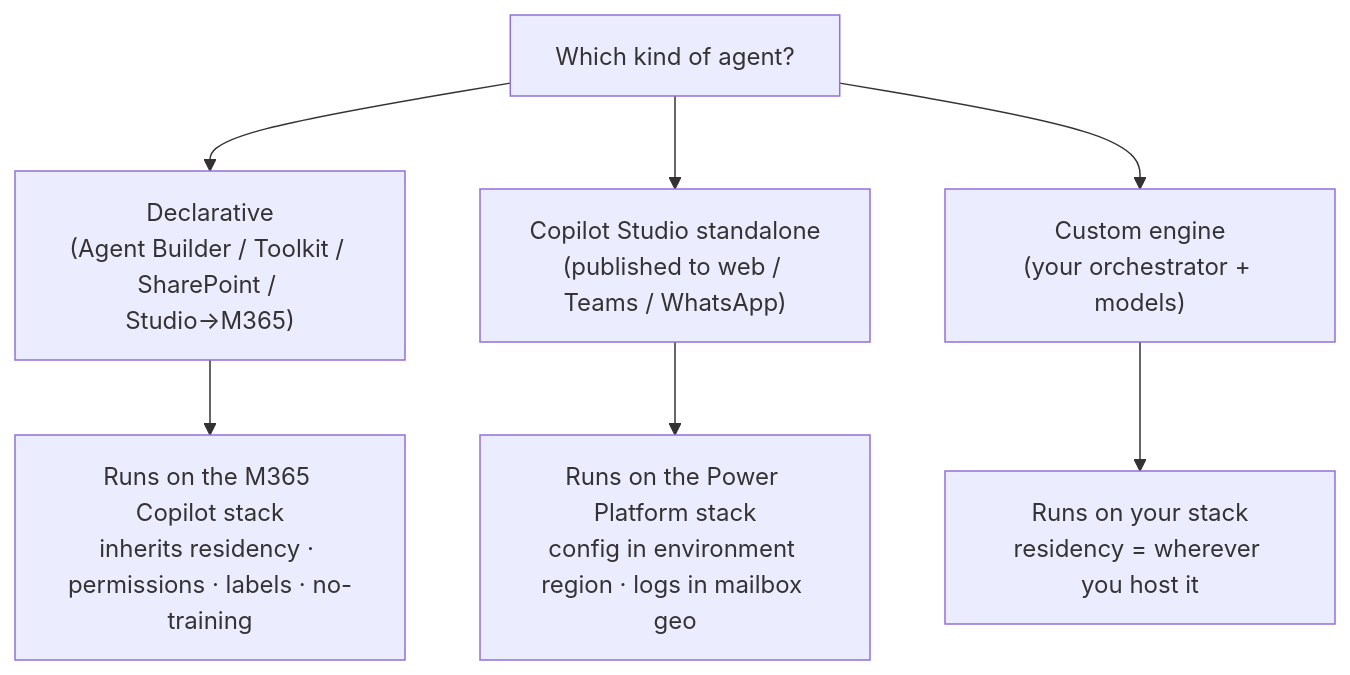
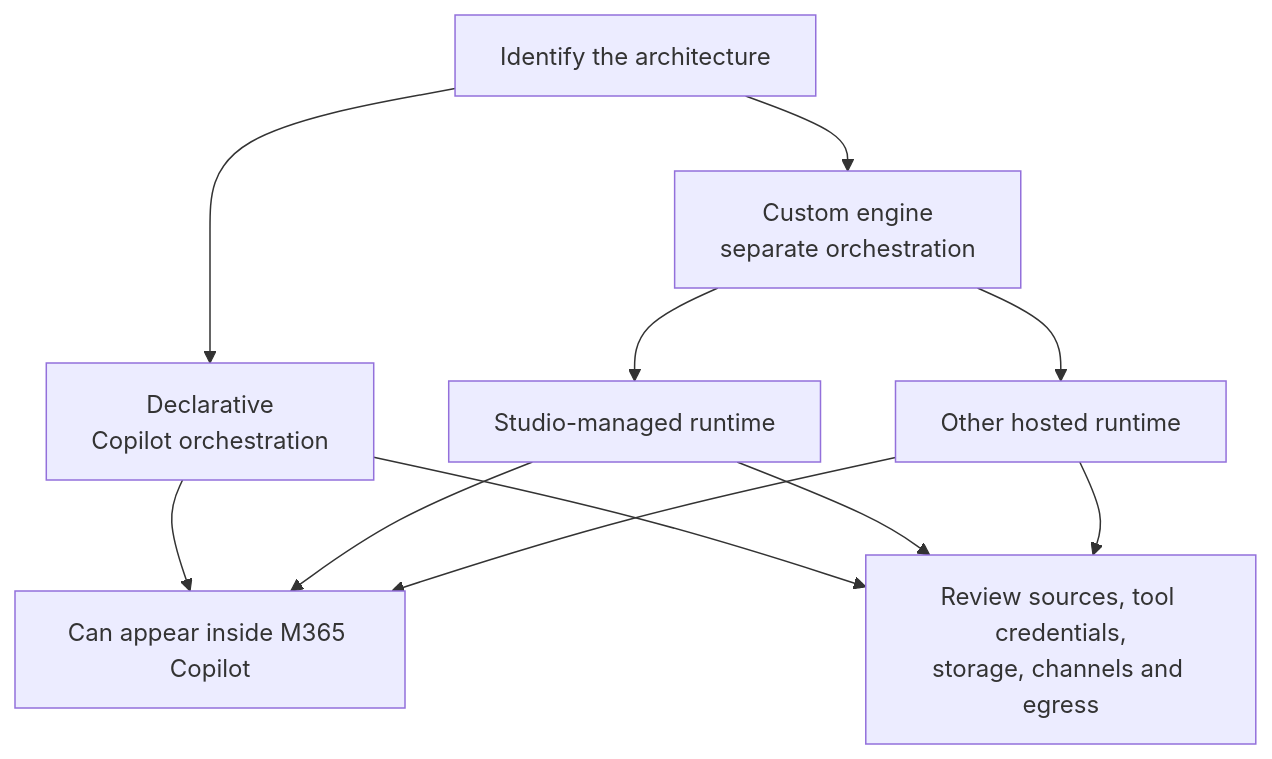
Before and after one commit to susanthgit/aguidetocloud-revamp: the diagram in content/blog/microsoft-365-copilot-agents-data-flow-governance.md, drawn with Mermaid. The commit also changed other lines of this file and 3 other files, not shown here.

First line of the commit message:
docs: correct Copilot governance, SharePoint and audit guidance

````diff
--- a/content/blog/microsoft-365-copilot-agents-data-flow-governance.md
+++ b/content/blog/microsoft-365-copilot-agents-data-flow-governance.md
@@ -121,9 +119,13 @@
 ```mermaid
 flowchart TD
-    Q["Which kind of agent?"] --> D["Declarative<br/>(Agent Builder / Toolkit / SharePoint / Studio→M365)"]
-    Q --> S["Copilot Studio standalone<br/>(published to web / Teams / WhatsApp)"]
-    Q --> C["Custom engine<br/>(your orchestrator + models)"]
-    D --> DM["Runs on the M365 Copilot stack<br/>inherits residency · permissions · labels · no-training"]
-    S --> SM["Runs on the Power Platform stack<br/>config in environment region · logs in mailbox geo"]
-    C --> CM["Runs on your stack<br/>residency = wherever you host it"]
+    Q["Identify the architecture"] --> D["Declarative<br/>Copilot orchestration"]
+    Q --> C["Custom engine<br/>separate orchestration"]
+    C --> S["Studio-managed runtime"]
+    C --> H["Other hosted runtime"]
+    D --> U["Can appear inside M365 Copilot"]
+    S --> U
+    H --> U
+    D --> R["Review sources, tool credentials,<br/>storage, channels and egress"]
+    S --> R
+    H --> R
 ```
````
